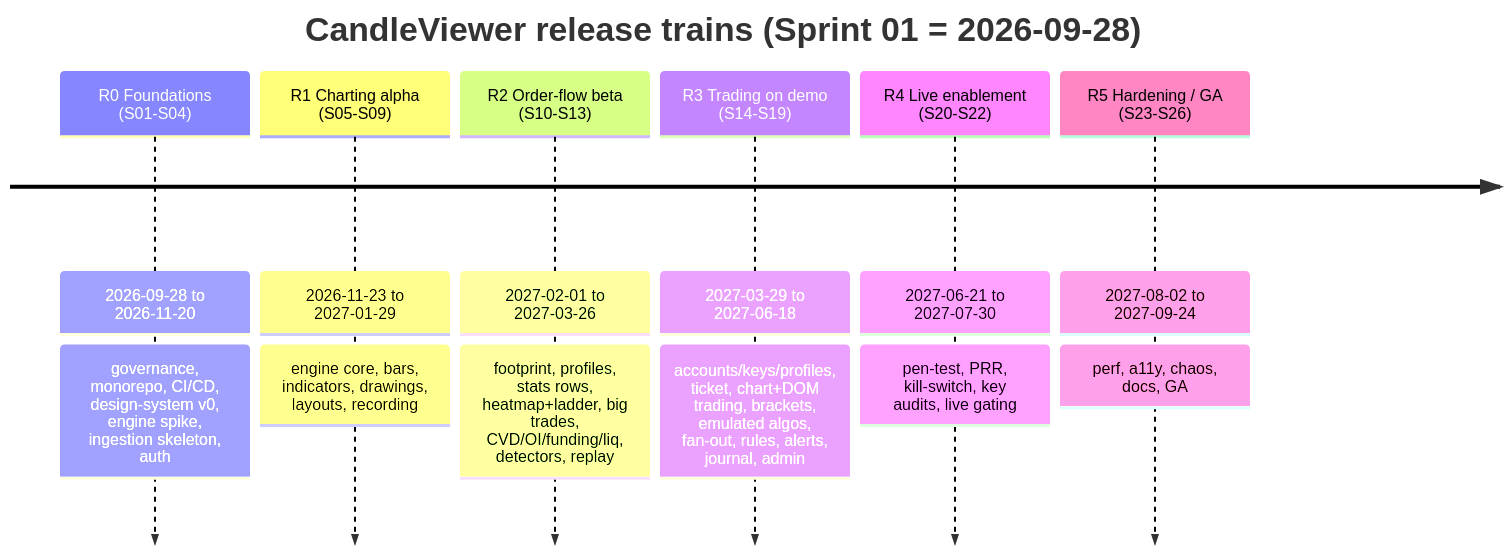
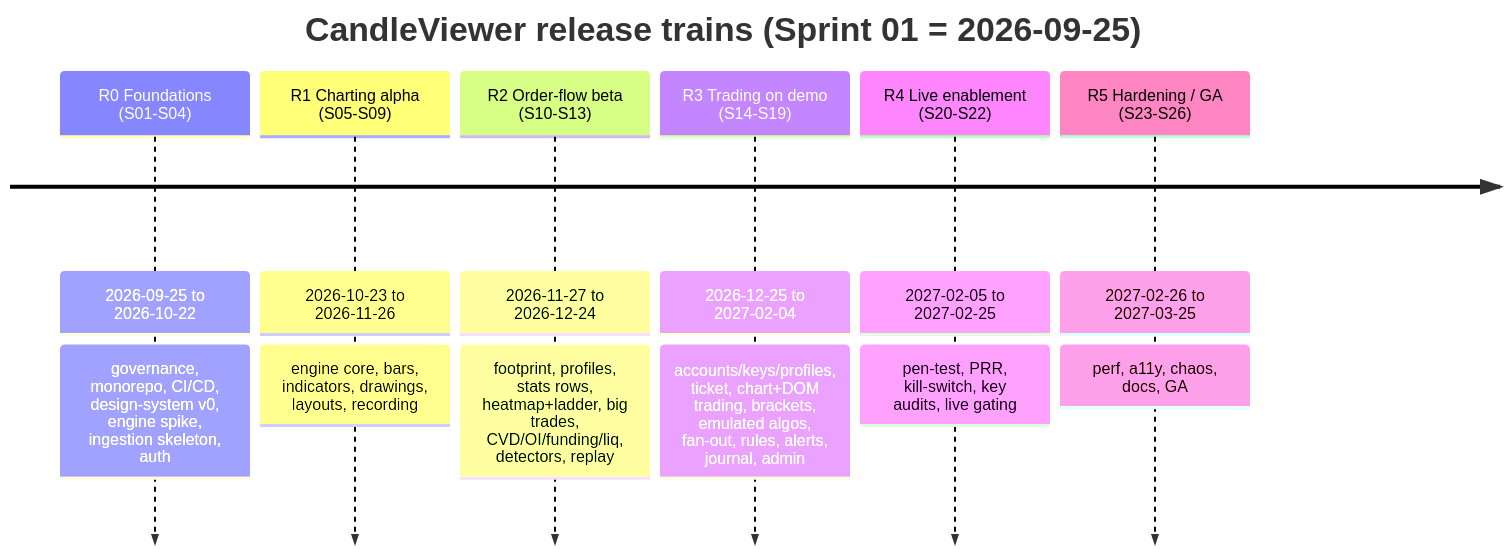
The first of 3 diagrams in docs/plan/30-release-roadmap.md (basiltt/CandleViewer), drawn with Mermaid before and after one commit. The commit also changed other lines of this file and 30 other files, not shown here.

First line of the commit message:
docs(plan): switch to 1-week AI-driven sprint calendar (S01 = 2026-09-25, GA 2027-03-25)

````diff
--- a/docs/plan/30-release-roadmap.md
+++ b/docs/plan/30-release-roadmap.md
@@ -73,10 +75,10 @@
 ```mermaid
 timeline
-    title CandleViewer release trains (Sprint 01 = 2026-09-28)
-    R0 Foundations (S01-S04) : 2026-09-28 to 2026-11-20 : governance, monorepo, CI/CD, design-system v0, engine spike, ingestion skeleton, auth
-    R1 Charting alpha (S05-S09) : 2026-11-23 to 2027-01-29 : engine core, bars, indicators, drawings, layouts, recording
-    R2 Order-flow beta (S10-S13) : 2027-02-01 to 2027-03-26 : footprint, profiles, stats rows, heatmap+ladder, big trades, CVD/OI/funding/liq, detectors, replay
-    R3 Trading on demo (S14-S19) : 2027-03-29 to 2027-06-18 : accounts/keys/profiles, ticket, chart+DOM trading, brackets, emulated algos, fan-out, rules, alerts, journal, admin
-    R4 Live enablement (S20-S22) : 2027-06-21 to 2027-07-30 : pen-test, PRR, kill-switch, key audits, live gating
-    R5 Hardening / GA (S23-S26) : 2027-08-02 to 2027-09-24 : perf, a11y, chaos, docs, GA
+    title CandleViewer release trains (Sprint 01 = 2026-09-25)
+    R0 Foundations (S01-S04) : 2026-09-25 to 2026-10-22 : governance, monorepo, CI/CD, design-system v0, engine spike, ingestion skeleton, auth
+    R1 Charting alpha (S05-S09) : 2026-10-23 to 2026-11-26 : engine core, bars, indicators, drawings, layouts, recording
+    R2 Order-flow beta (S10-S13) : 2026-11-27 to 2026-12-24 : footprint, profiles, stats rows, heatmap+ladder, big trades, CVD/OI/funding/liq, detectors, replay
+    R3 Trading on demo (S14-S19) : 2026-12-25 to 2027-02-04 : accounts/keys/profiles, ticket, chart+DOM trading, brackets, emulated algos, fan-out, rules, alerts, journal, admin
+    R4 Live enablement (S20-S22) : 2027-02-05 to 2027-02-25 : pen-test, PRR, kill-switch, key audits, live gating
+    R5 Hardening / GA (S23-S26) : 2027-02-26 to 2027-03-25 : perf, a11y, chaos, docs, GA
 ```
````
